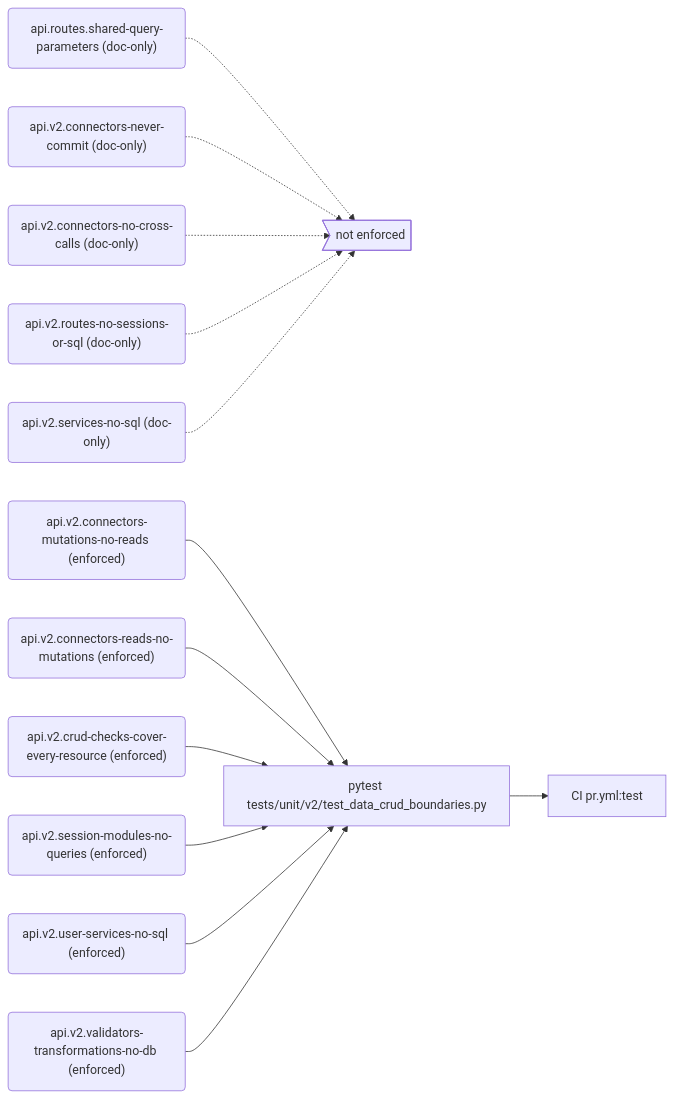
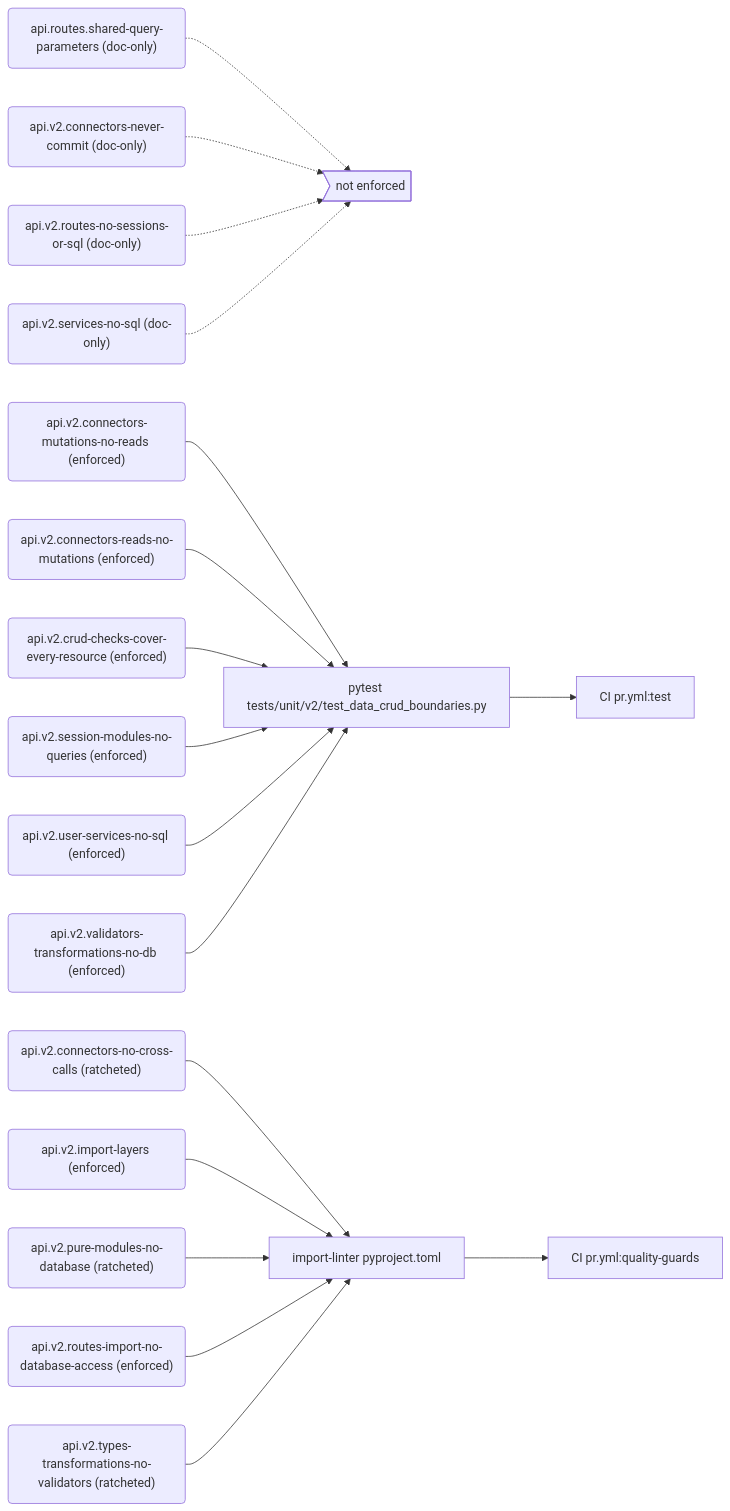
One commit to PolicyEngine/policyengine-api changed the first of 11 diagrams in docs/generated/rules.md. Above: the diagram before and after it, drawn with Mermaid. The commit also changed other lines of this file and 17 other files, not shown here.

First line of the commit message:
Check the v2 import architecture with Import Linter in CI

````diff
--- a/docs/generated/rules.md
+++ b/docs/generated/rules.md
@@ -96,29 +101,40 @@
 ```mermaid
 flowchart LR
   r_api_routes_shared_query_parameters("api.routes.shared-query-parameters (doc-only)")
   gap_unenforced>"not enforced"]
   r_api_v2_connectors_mutations_no_reads("api.v2.connectors-mutations-no-reads (enforced)")
   e_pytest_tests_unit_v2_test_data_crud_boundaries_py["pytest tests/unit/v2/test_data_crud_boundaries.py"]
   j_CI_pr_yml_test["CI pr.yml:test"]
   r_api_v2_connectors_never_commit("api.v2.connectors-never-commit (doc-only)")
-  r_api_v2_connectors_no_cross_calls("api.v2.connectors-no-cross-calls (doc-only)")
+  r_api_v2_connectors_no_cross_calls("api.v2.connectors-no-cross-calls (ratcheted)")
+  e_import_linter_pyproject_toml["import-linter pyproject.toml"]
+  j_CI_pr_yml_quality_guards["CI pr.yml:quality-guards"]
   r_api_v2_connectors_reads_no_mutations("api.v2.connectors-reads-no-mutations (enforced)")
   r_api_v2_crud_checks_cover_every_resource("api.v2.crud-checks-cover-every-resource (enforced)")
+  r_api_v2_import_layers("api.v2.import-layers (enforced)")
+  r_api_v2_pure_modules_no_database("api.v2.pure-modules-no-database (ratcheted)")
+  r_api_v2_routes_import_no_database_access("api.v2.routes-import-no-database-access (enforced)")
   r_api_v2_routes_no_sessions_or_sql("api.v2.routes-no-sessions-or-sql (doc-only)")
   r_api_v2_services_no_sql("api.v2.services-no-sql (doc-only)")
   r_api_v2_session_modules_no_queries("api.v2.session-modules-no-queries (enforced)")
+  r_api_v2_types_transformations_no_validators("api.v2.types-transformations-no-validators (ratcheted)")
   r_api_v2_user_services_no_sql("api.v2.user-services-no-sql (enforced)")
   r_api_v2_validators_transformations_no_db("api.v2.validators-transformations-no-db (enforced)")
   r_api_routes_shared_query_parameters -.-> gap_unenforced
   r_api_v2_connectors_mutations_no_reads --> e_pytest_tests_unit_v2_test_data_crud_boundaries_py
   e_pytest_tests_unit_v2_test_data_crud_boundaries_py --> j_CI_pr_yml_test
   r_api_v2_connectors_never_commit -.-> gap_unenforced
-  r_api_v2_connectors_no_cross_calls -.-> gap_unenforced
+  r_api_v2_connectors_no_cross_calls --> e_import_linter_pyproject_toml
+  e_import_linter_pyproject_toml --> j_CI_pr_yml_quality_guards
   r_api_v2_connectors_reads_no_mutations --> e_pytest_tests_unit_v2_test_data_crud_boundaries_py
   r_api_v2_crud_checks_cover_every_resource --> e_pytest_tests_unit_v2_test_data_crud_boundaries_py
+  r_api_v2_import_layers --> e_import_linter_pyproject_toml
+  r_api_v2_pure_modules_no_database --> e_import_linter_pyproject_toml
+  r_api_v2_routes_import_no_database_access --> e_import_linter_pyproject_toml
   r_api_v2_routes_no_sessions_or_sql -.-> gap_unenforced
   r_api_v2_services_no_sql -.-> gap_unenforced
   r_api_v2_session_modules_no_queries --> e_pytest_tests_unit_v2_test_data_crud_boundaries_py
+  r_api_v2_types_transformations_no_validators --> e_import_linter_pyproject_toml
   r_api_v2_user_services_no_sql --> e_pytest_tests_unit_v2_test_data_crud_boundaries_py
   r_api_v2_validators_transformations_no_db --> e_pytest_tests_unit_v2_test_data_crud_boundaries_py
 ```
````
